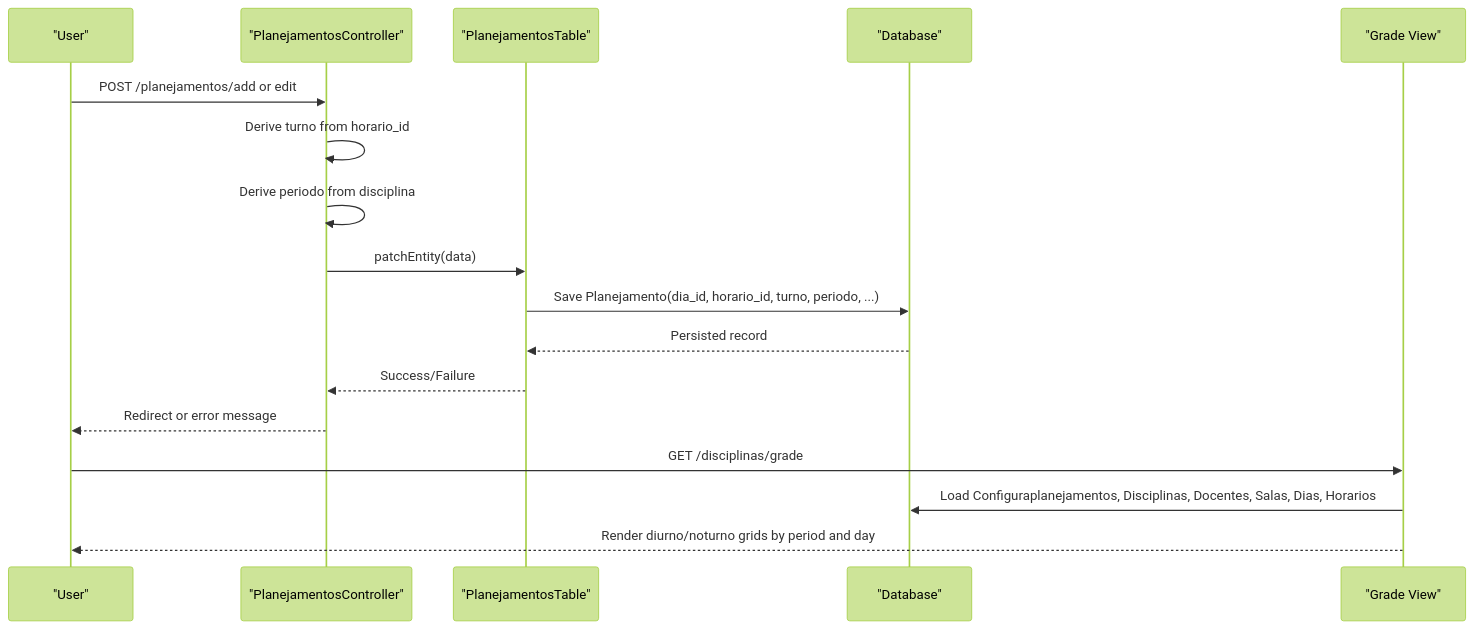
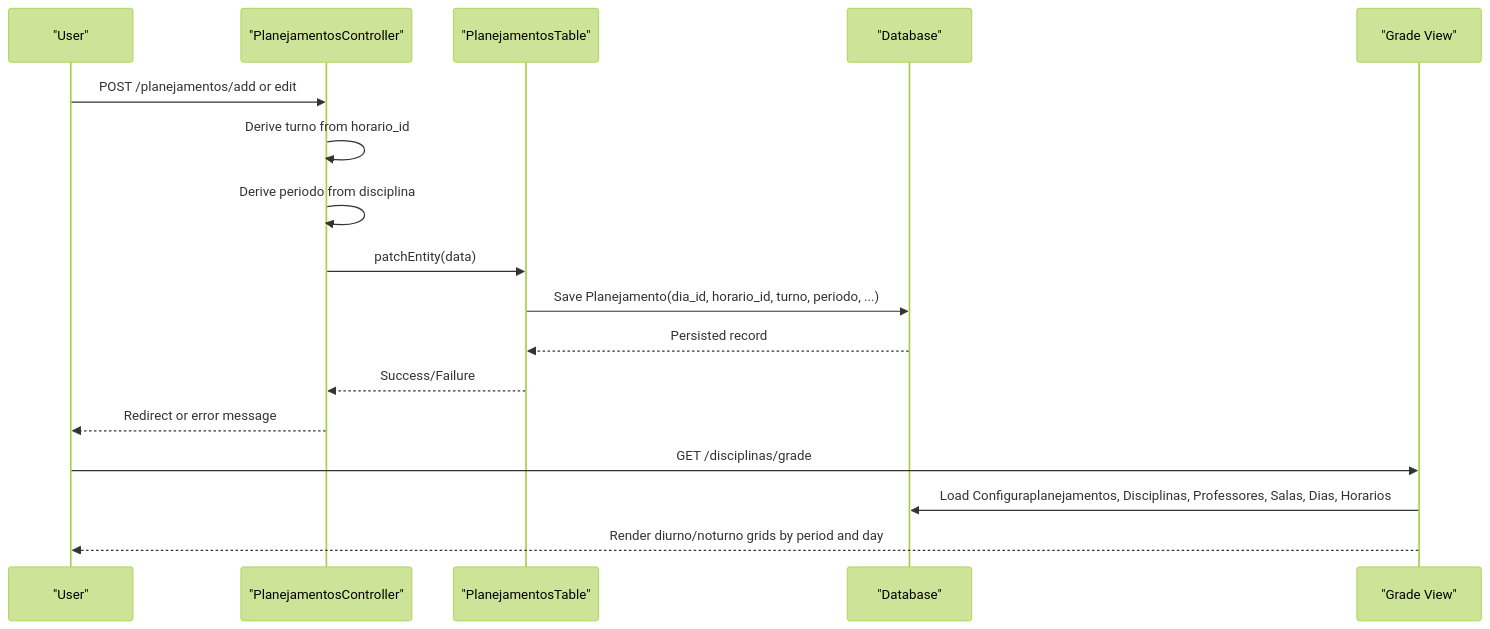
One commit to luiseduacosta/planejamento5 changed the second of 9 diagrams in .qoder/repowiki/en/content/Project Overview/Core Features Overview/Time Scheduling System/Time Scheduling System.md. Above: the diagram before and after it, drawn with Mermaid (forest theme). The commit also changed 37 other files, not shown here.

Commit message:
repowiki: rename Docentes → Professores in metadata

````diff
--- a/.qoder/repowiki/en/content/Project Overview/Core Features Overview/Time Scheduling System/Time Scheduling System.md
+++ b/.qoder/repowiki/en/content/Project Overview/Core Features Overview/Time Scheduling System/Time Scheduling System.md
@@ -131,19 +131,19 @@
 ```mermaid
 sequenceDiagram
 participant User as "User"
 participant PC as "PlanejamentosController"
 participant PT as "PlanejamentosTable"
 participant DB as "Database"
 participant View as "Grade View"
 User->>PC : POST /planejamentos/add or edit
 PC->>PC : Derive turno from horario_id
 PC->>PC : Derive periodo from disciplina
 PC->>PT : patchEntity(data)
 PT->>DB : Save Planejamento(dia_id, horario_id, turno, periodo, ...)
 DB-->>PT : Persisted record
 PT-->>PC : Success/Failure
 PC-->>User : Redirect or error message
 User->>View : GET /disciplinas/grade
-View->>DB : Load Configuraplanejamentos, Disciplinas, Docentes, Salas, Dias, Horarios
+View->>DB : Load Configuraplanejamentos, Disciplinas, Professores, Salas, Dias, Horarios
 View-->>User : Render diurno/noturno grids by period and day
 ```
````
